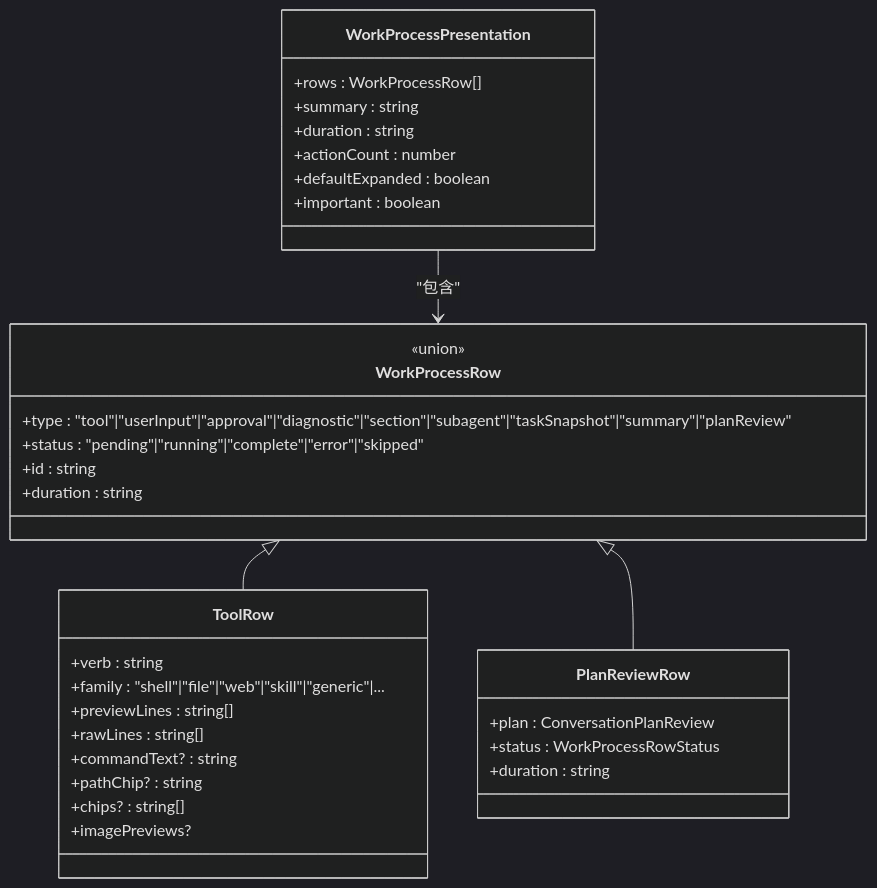
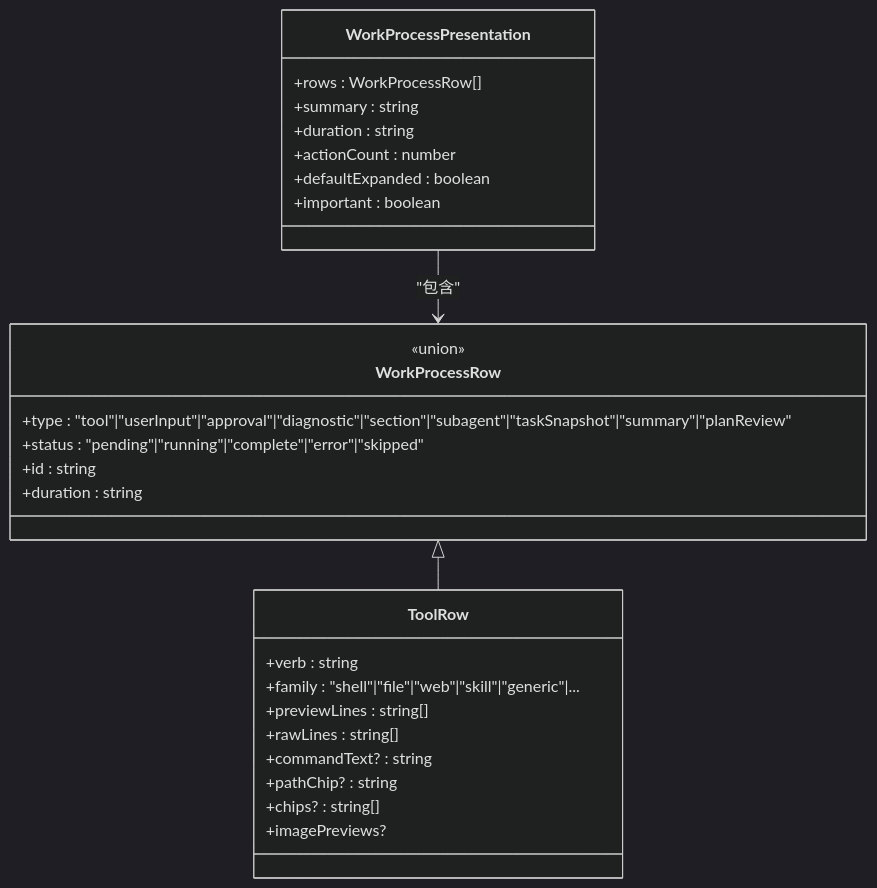
The fifth of 8 diagrams in .qoder/repowiki/zh/content/用户界面/调试视图.md (haolange/RDC-Agent), drawn with Mermaid (dark theme) before and after one commit. The commit also changed other lines of this file and 25 other files, not shown here.

````diff
--- a/.qoder/repowiki/zh/content/用户界面/调试视图.md
+++ b/.qoder/repowiki/zh/content/用户界面/调试视图.md
@@ -216,36 +233,30 @@
 ```mermaid
 classDiagram
 class WorkProcessPresentation {
 +rows : WorkProcessRow[]
 +summary : string
 +duration : string
 +actionCount : number
 +defaultExpanded : boolean
 +important : boolean
 }
 class WorkProcessRow {
 <<union>>
 +type : "tool"|"userInput"|"approval"|"diagnostic"|"section"|"subagent"|"taskSnapshot"|"summary"|"planReview"
 +status : "pending"|"running"|"complete"|"error"|"skipped"
 +id : string
 +duration : string
 }
 class ToolRow {
 +verb : string
 +family : "shell"|"file"|"web"|"skill"|"generic"|...
 +previewLines : string[]
 +rawLines : string[]
 +commandText? : string
 +pathChip? : string
 +chips? : string[]
 +imagePreviews?
 }
-class PlanReviewRow {
-+plan : ConversationPlanReview
-+status : WorkProcessRowStatus
-+duration : string
-}
 WorkProcessPresentation --> WorkProcessRow : "包含"
 WorkProcessRow <|-- ToolRow
-WorkProcessRow <|-- PlanReviewRow
 ```
````
